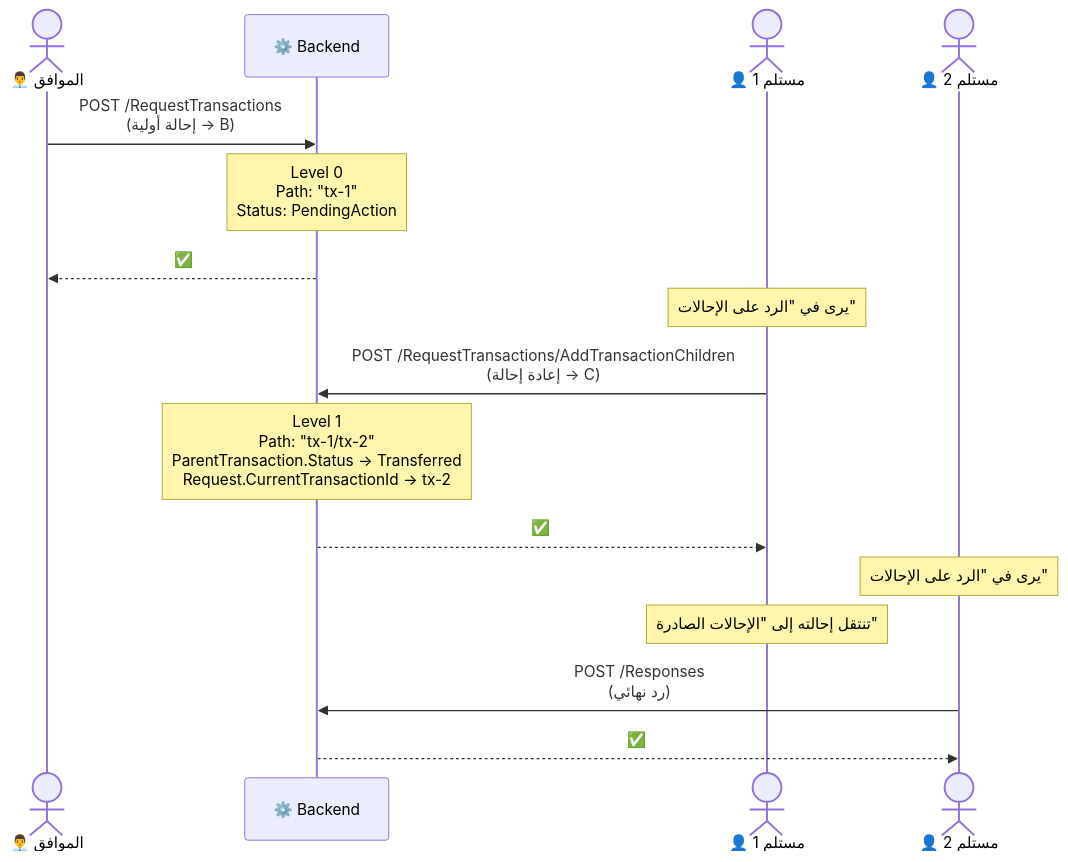
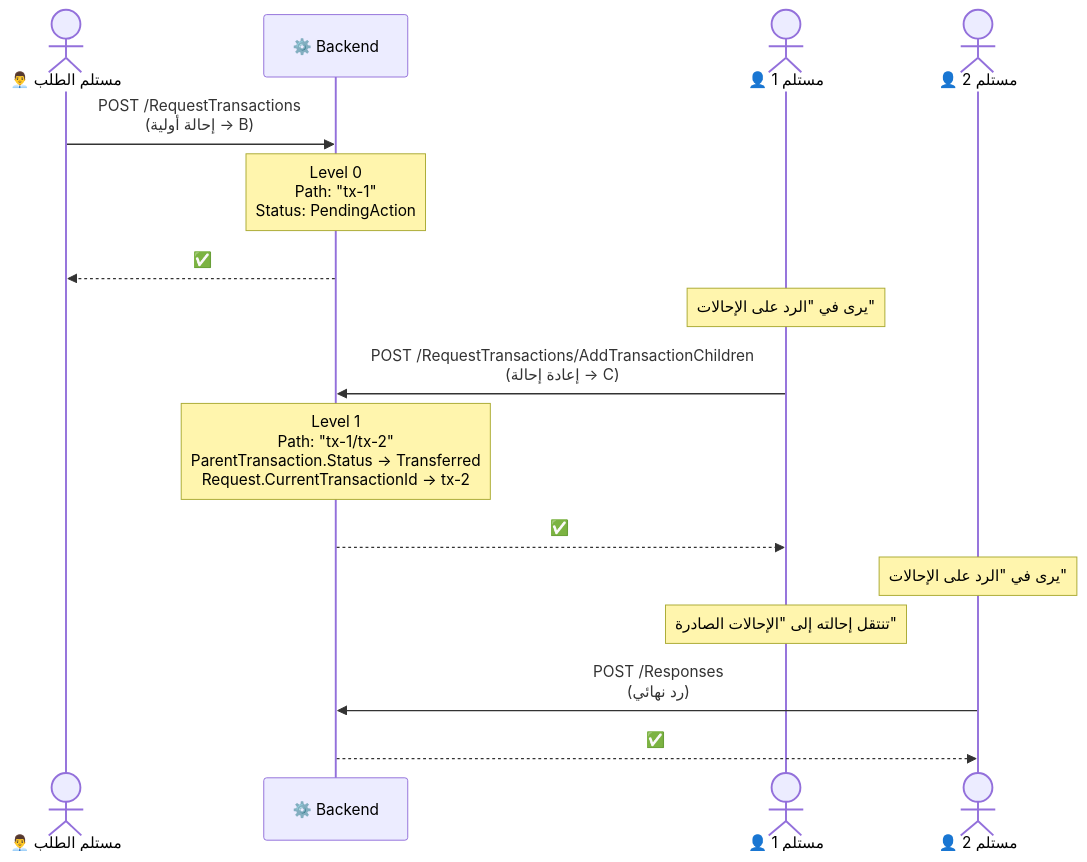
One commit to MohammedRamiAlzend/ModernPaySystem changed the fifth of 7 diagrams in request-lifecycle-guide.md. Above: the diagram before and after it, drawn with Mermaid. The commit also changed other lines of this file, not shown here.

Commit message:
docs: update request lifecycle documentation to reflect recent architectural changes

````diff
--- a/request-lifecycle-guide.md
+++ b/request-lifecycle-guide.md
@@ -170,22 +170,22 @@
 ```mermaid
 sequenceDiagram
-    actor A as 👨‍💼 الموافق
+    actor A as 👨‍💼 مستلم الطلب
     participant API as ⚙️ Backend
     actor B as 👤 مستلم 1
     actor C as 👤 مستلم 2
 
     A->>API: POST /RequestTransactions<br/>(إحالة أولية → B)
     Note over API: Level 0<br/>Path: "tx-1"<br/>Status: PendingAction
     API-->>A: ✅
 
     Note over B: يرى في "الرد على الإحالات"
     B->>API: POST /RequestTransactions/AddTransactionChildren<br/>(إعادة إحالة → C)
     Note over API: Level 1<br/>Path: "tx-1/tx-2"<br/>ParentTransaction.Status → Transferred<br/>Request.CurrentTransactionId → tx-2
     API-->>B: ✅
 
     Note over C: يرى في "الرد على الإحالات"
     Note over B: تنتقل إحالته إلى "الإحالات الصادرة"
 
     C->>API: POST /Responses<br/>(رد نهائي)
     API-->>C: ✅
 ```
````
